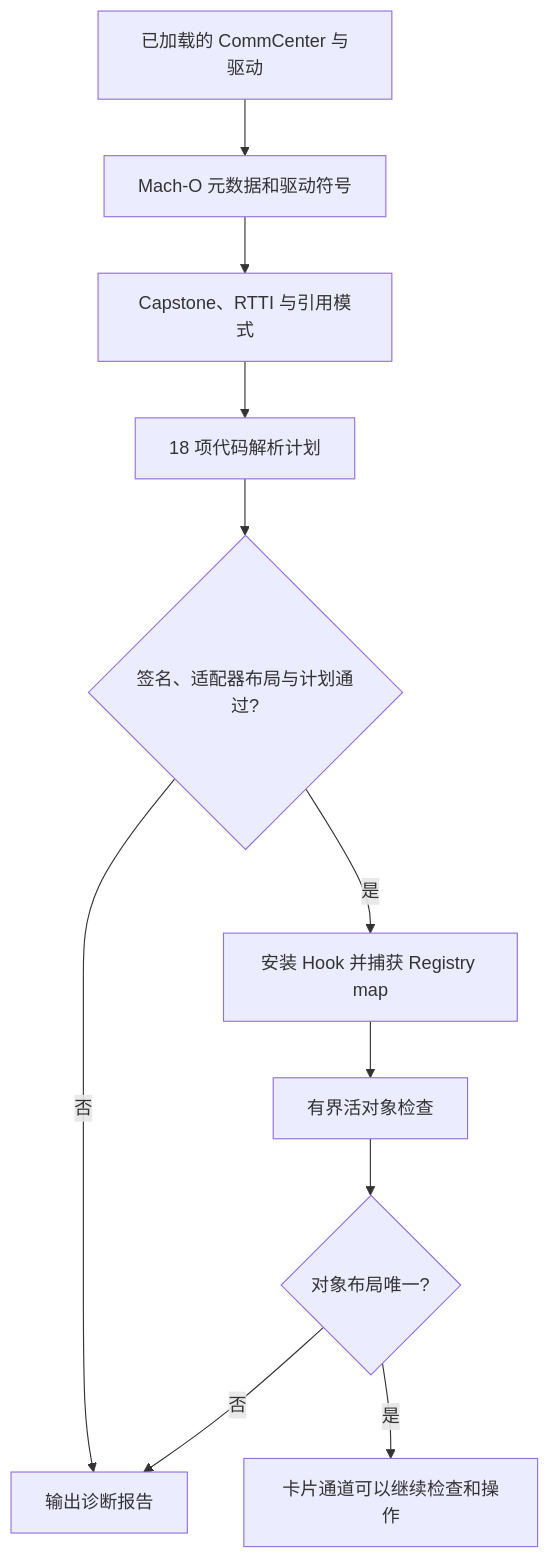
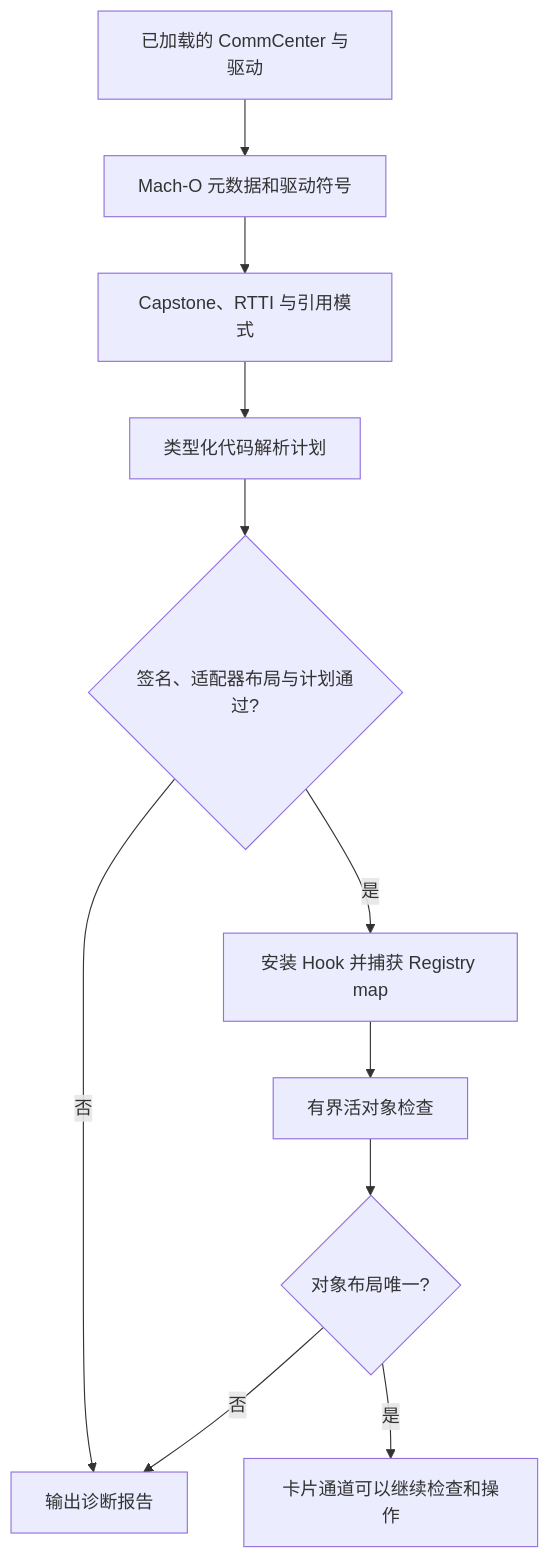
The diagram in docs/PATCHFINDER.zh-CN.md (Officeyutong/SIMHarbor), drawn with Mermaid before and after one commit. The commit also changed other lines of this file and 26 other files, not shown here.

````diff
--- a/docs/PATCHFINDER.zh-CN.md
+++ b/docs/PATCHFINDER.zh-CN.md
@@ -13,13 +13,13 @@
 ```mermaid
 flowchart TD
     A[已加载的 CommCenter 与驱动] --> B[Mach-O 元数据和驱动符号]
     B --> C[Capstone、RTTI 与引用模式]
-    C --> D[18 项代码解析计划]
+    C --> D[类型化代码解析计划]
     D --> E{签名、适配器布局与计划通过?}
     E -- 否 --> F[输出诊断报告]
     E -- 是 --> G[安装 Hook 并捕获 Registry map]
     G --> H[有界活对象检查]
     H --> I{对象布局唯一?}
     I -- 否 --> F
     I -- 是 --> J[卡片通道可以继续检查和操作]
 ```
````
